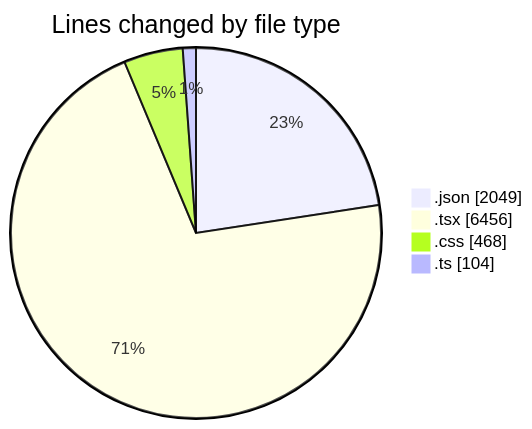
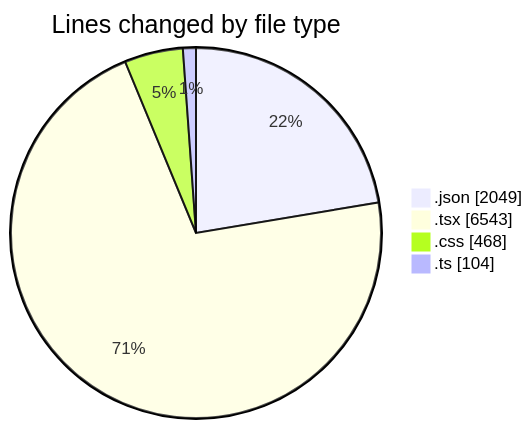
Before and after one commit to EIIisD/code-tracking: the first of 2 diagrams in 2025-08-14/ribbon/README.md, drawn with Mermaid. The commit also changed other lines of this file and 1 other file, not shown here.

````diff
--- a/2025-08-14/ribbon/README.md
+++ b/2025-08-14/ribbon/README.md
@@ -29,8 +29,8 @@
 ```mermaid
 pie showData
 title Lines changed by file type
 ".json" : 2049
-".tsx" : 6456
+".tsx" : 6543
 ".css" : 468
 ".ts" : 104
 ```
````
